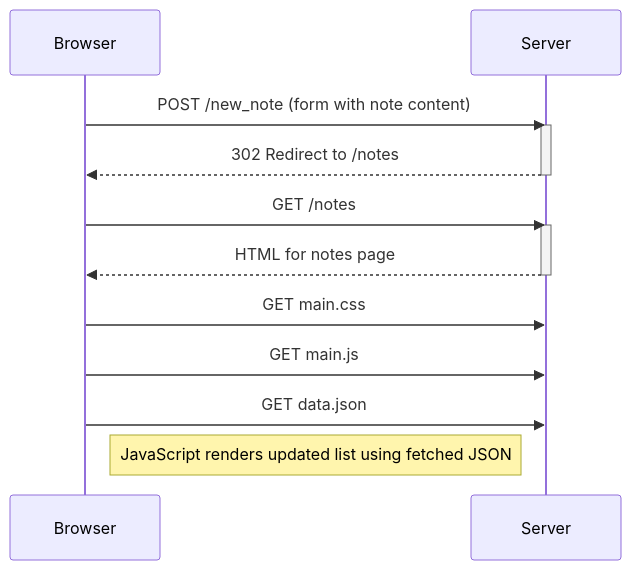
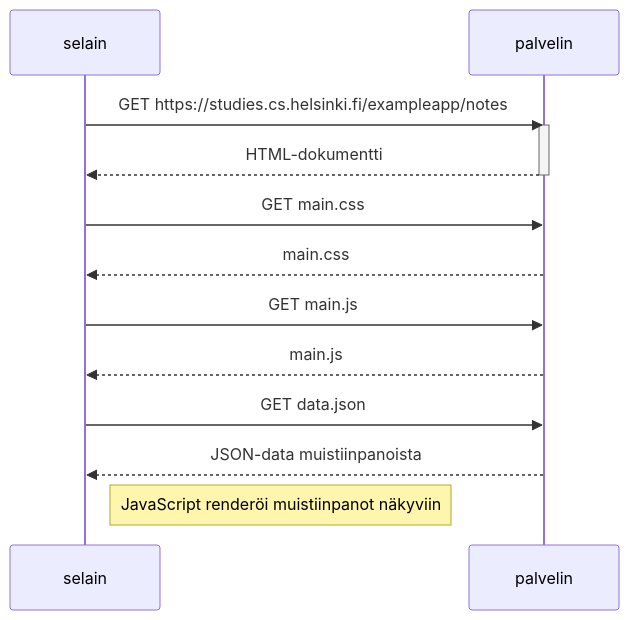
Before and after one commit to vincentforsman93/Fullstack-assignments: the diagram in 0.4 diagram.md, drawn with Mermaid.

Commit message:
Update 0.4 diagram.md

````diff
--- a/0.4 diagram.md
+++ b/0.4 diagram.md
@@ -1,20 +1,21 @@
 ```mermaid
 sequenceDiagram
-    participant Browser
-    participant Server
+    participant selain
+    participant palvelin
 
-    Browser->>Server: POST /new_note (form with note content)
-    activate Server
-    Server-->>Browser: 302 Redirect to /notes
-    deactivate Server
+    selain->>palvelin: GET https://studies.cs.helsinki.fi/exampleapp/notes
+    activate palvelin
+    palvelin-->>selain: HTML-dokumentti
+    deactivate palvelin
 
-    Browser->>Server: GET /notes
-    activate Server
-    Server-->>Browser: HTML for notes page
-    deactivate Server
+    selain->>palvelin: GET main.css
+    palvelin-->>selain: main.css
 
-    Browser->>Server: GET main.css
-    Browser->>Server: GET main.js
-    Browser->>Server: GET data.json
-    Note right of Browser: JavaScript renders updated list using fetched JSON
+    selain->>palvelin: GET main.js
+    palvelin-->>selain: main.js
+
+    selain->>palvelin: GET data.json
+    palvelin-->>selain: JSON-data muistiinpanoista
+
+    Note right of selain: JavaScript renderöi muistiinpanot näkyviin
 ```
````
